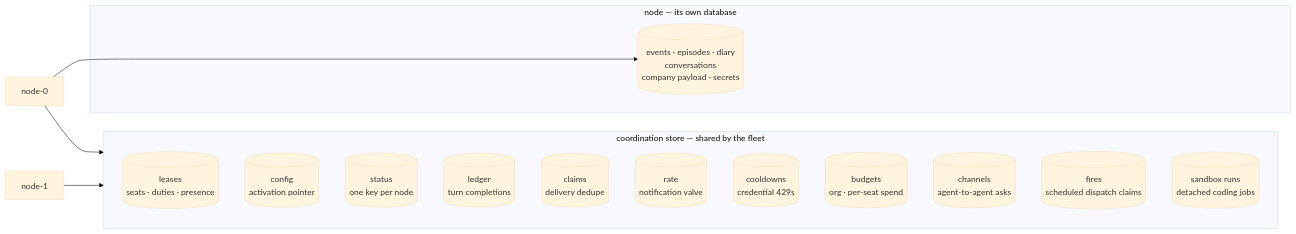
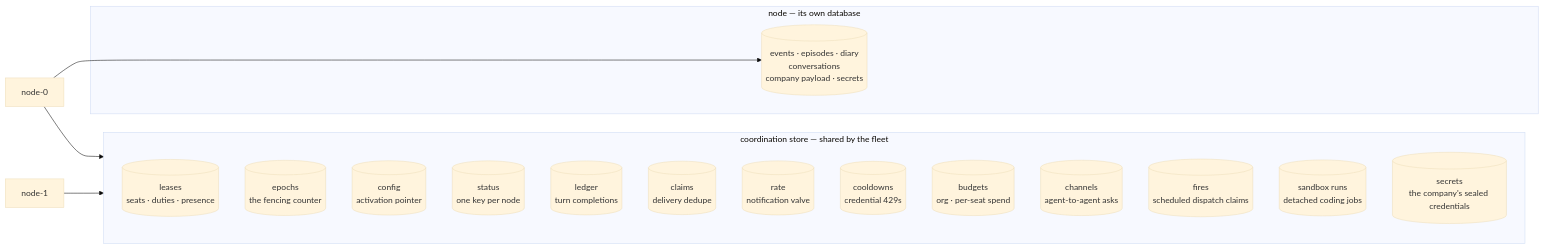
The diagram in docs/concepts/coordination.md (crewlet/crewlet), drawn with Mermaid (base theme) before and after one commit. The commit also changed other lines of this file, not shown here.

````diff
--- a/docs/concepts/coordination.md
+++ b/docs/concepts/coordination.md
@@ -38,22 +38,24 @@
 ```mermaid
 flowchart LR
     subgraph COORD["coordination store — shared by the fleet"]
         L[("leases<br/>seats · duties · presence")]
+        E[("epochs<br/>the fencing counter")]
         C[("config<br/>activation pointer")]
         S[("status<br/>one key per node")]
         LG[("ledger<br/>turn completions")]
         CL[("claims<br/>delivery dedupe")]
         R[("rate<br/>notification valve")]
         CD[("cooldowns<br/>credential 429s")]
         B[("budgets<br/>org · per-seat spend")]
         CH[("channels<br/>agent-to-agent asks")]
         F[("fires<br/>scheduled dispatch claims")]
         SR[("sandbox runs<br/>detached coding jobs")]
+        SEC[("secrets<br/>the company's sealed credentials")]
     end
     subgraph NODE["node — its own database"]
         DB[("events · episodes · diary<br/>conversations<br/>company payload · secrets")]
     end
     N1["node-0"] --> COORD
     N2["node-1"] --> COORD
     N1 --> DB
 ```
````
